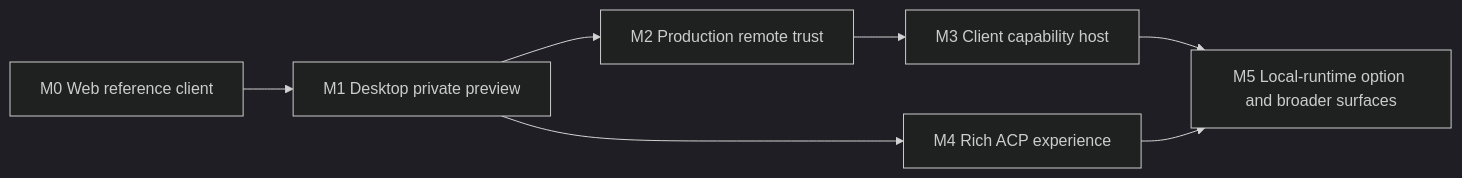
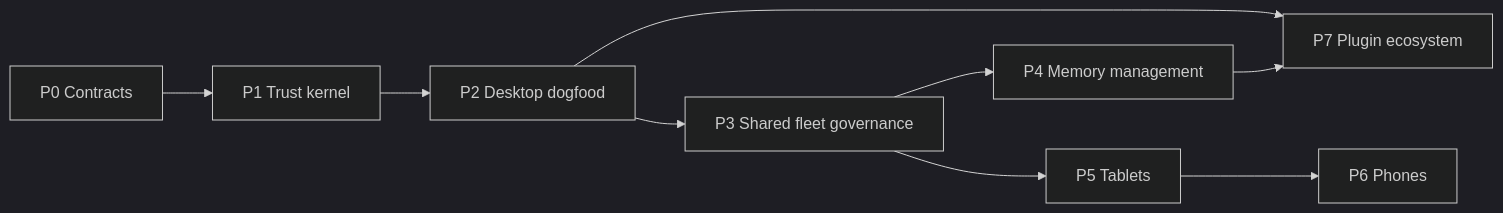
Before and after one commit to canyugs/openab-studio: the diagram in ROADMAP.md, drawn with Mermaid (dark theme). The commit also changed other lines of this file and 6 other files, not shown here.

Commit message:
docs: plan Studio architecture and delivery

````diff
--- a/ROADMAP.md
+++ b/ROADMAP.md
@@ -38,9 +34,11 @@
 ```mermaid
 flowchart LR
-    M0["M0 Web reference client"] --> M1["M1 Desktop private preview"]
-    M1 --> M2["M2 Production remote trust"]
-    M2 --> M3["M3 Client capability host"]
-    M1 --> M4["M4 Rich ACP experience"]
-    M3 --> M5["M5 Local-runtime option and broader surfaces"]
-    M4 --> M5
+    P0["P0 Contracts"] --> P1["P1 Trust kernel"]
+    P1 --> P2["P2 Desktop dogfood"]
+    P2 --> P3["P3 Shared fleet governance"]
+    P3 --> P4["P4 Memory management"]
+    P3 --> P5["P5 Tablets"]
+    P5 --> P6["P6 Phones"]
+    P2 --> P7["P7 Plugin ecosystem"]
+    P4 --> P7
 ```
````
